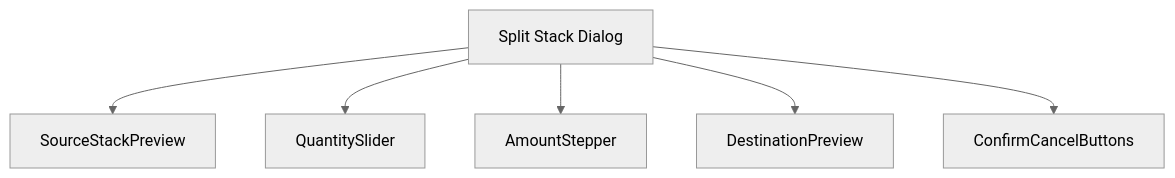
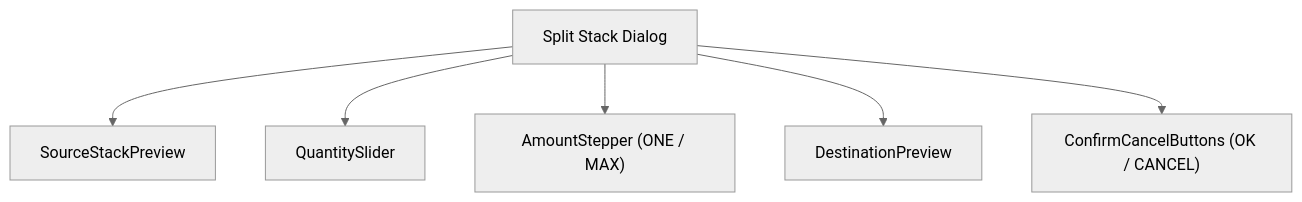
One commit to SunaNoOshiro/Heroes_Reforged_AI_Realms changed the first of 5 diagrams in docs/architecture/wiki/screens/51-split-stack-dialog/architecture.md. Above: the diagram before and after it, drawn with Mermaid (neutral theme). The commit also changed other lines of this file and 518 other files, not shown here.

First line of the commit message:
Add doc-audit skill and sweep architecture/screen docs

````diff
--- a/docs/architecture/wiki/screens/51-split-stack-dialog/architecture.md
+++ b/docs/architecture/wiki/screens/51-split-stack-dialog/architecture.md
@@ -16,14 +23,14 @@
 ```mermaid
 flowchart TD
   Root["Split Stack Dialog"]
   C0["SourceStackPreview"]
   Root --> C0
   C1["QuantitySlider"]
   Root --> C1
-  C2["AmountStepper"]
+  C2["AmountStepper (ONE / MAX)"]
   Root --> C2
   C3["DestinationPreview"]
   Root --> C3
-  C4["ConfirmCancelButtons"]
+  C4["ConfirmCancelButtons (OK / CANCEL)"]
   Root --> C4
 ```
````
